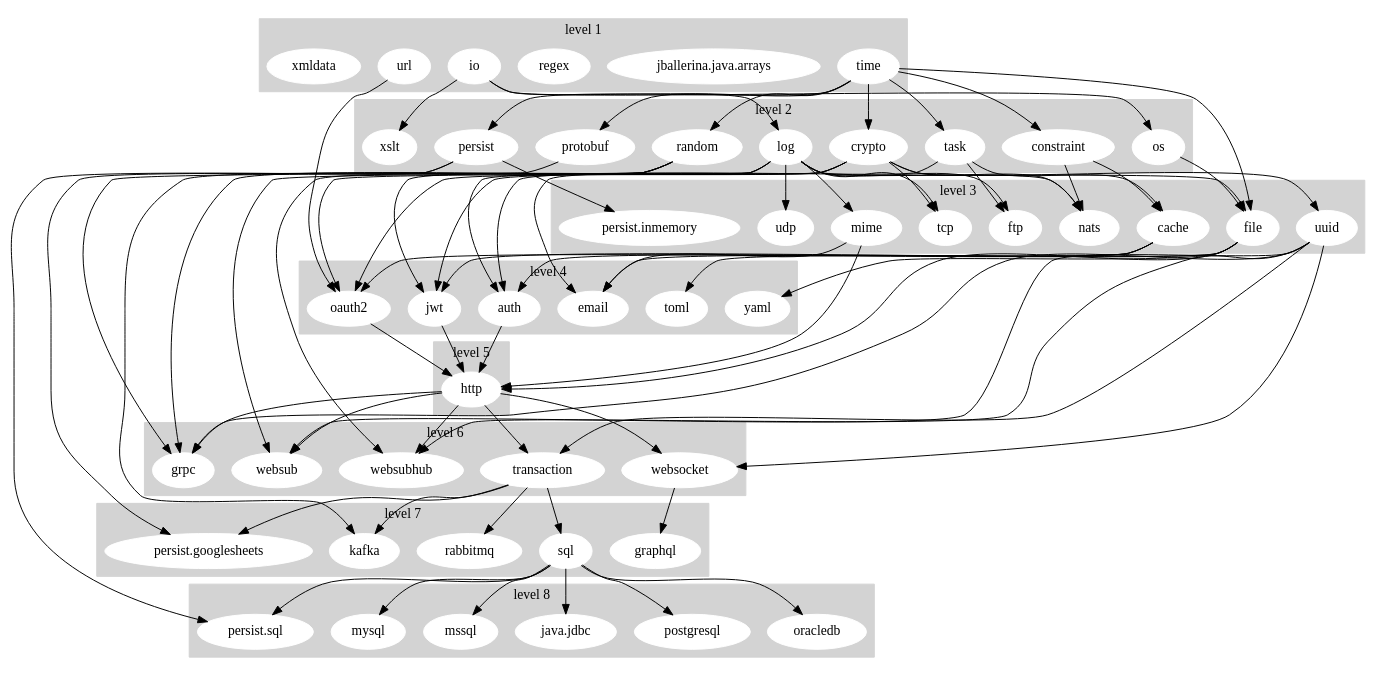
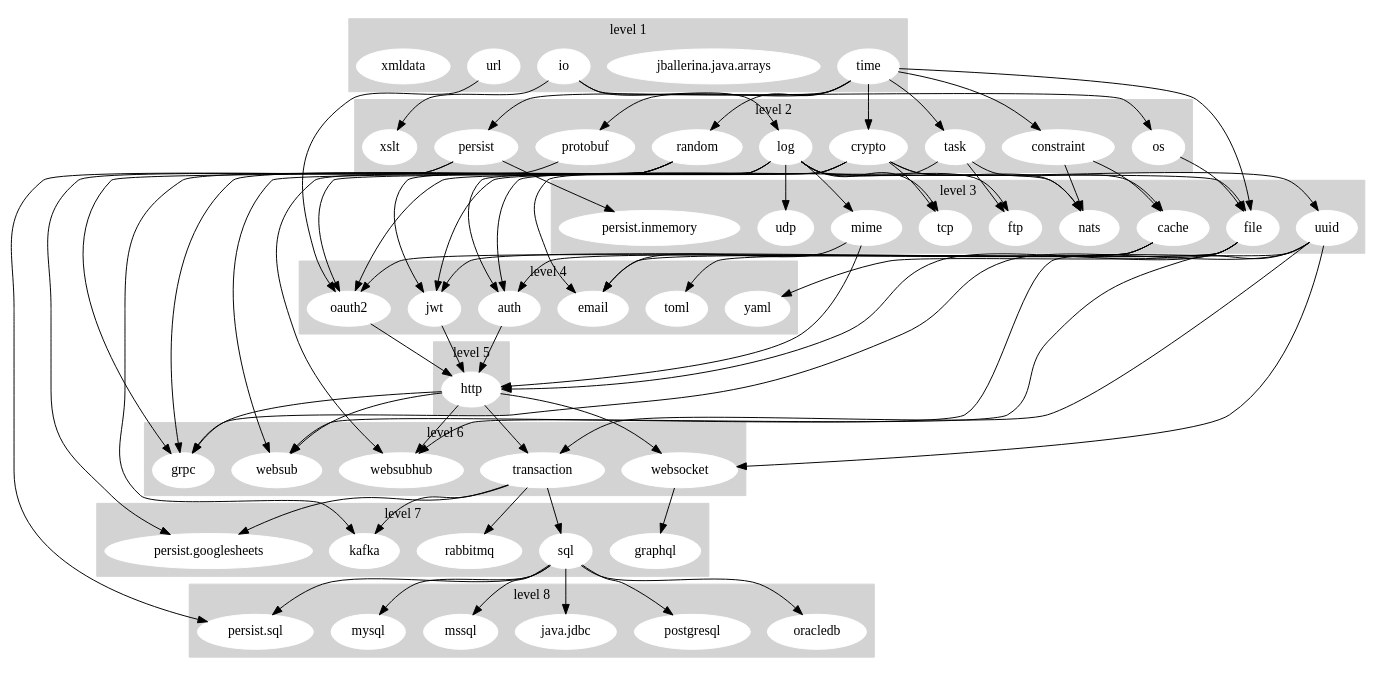
Before and after one commit to ballerina-platform/ballerina-release: the diagram in dashboard/stdlib_graph.gv, drawn with Graphviz.

Commit message:
[Automated] Update Stdlib Dependency Graph

```diff
--- a/dashboard/stdlib_graph.gv
+++ b/dashboard/stdlib_graph.gv
@@ -1,162 +1,161 @@
 digraph "Stdlib Dependency Graph" {
 	subgraph cluster_1 {
 		node [color=white style=filled]
 		color=lightgrey style=filled
 		io
 		"jballerina.java.arrays"
-		regex
 		time
 		url
 		xmldata
 		label="level 1"
 	}
 	subgraph cluster_2 {
 		node [color=white style=filled]
 		color=lightgrey style=filled
 		constraint
 		crypto
 		log
 		os
 		persist
 		protobuf
 		random
 		task
 		xslt
 		label="level 2"
 	}
 	subgraph cluster_3 {
 		node [color=white style=filled]
 		color=lightgrey style=filled
 		cache
 		file
 		ftp
 		mime
 		nats
 		"persist.inmemory"
 		tcp
 		udp
 		uuid
 		label="level 3"
 	}
 	subgraph cluster_4 {
 		node [color=white style=filled]
 		color=lightgrey style=filled
 		auth
 		email
 		jwt
 		oauth2
 		toml
 		yaml
 		label="level 4"
 	}
 	subgraph cluster_5 {
 		node [color=white style=filled]
 		color=lightgrey style=filled
 		http
 		label="level 5"
 	}
 	subgraph cluster_6 {
 		node [color=white style=filled]
 		color=lightgrey style=filled
 		grpc
 		transaction
 		websocket
 		websub
 		websubhub
 		label="level 6"
 	}
 	subgraph cluster_7 {
 		node [color=white style=filled]
 		color=lightgrey style=filled
 		graphql
 		kafka
 		"persist.googlesheets"
 		rabbitmq
 		sql
 		label="level 7"
 	}
 	subgraph cluster_8 {
 		node [color=white style=filled]
 		color=lightgrey style=filled
 		"java.jdbc"
 		mssql
 		mysql
 		oracledb
 		"persist.sql"
 		postgresql
 		label="level 8"
 	}
 	io -> log
 	io -> os
 	io -> xslt
 	time -> constraint
 	time -> crypto
 	time -> file
 	time -> persist
 	time -> protobuf
 	time -> random
 	time -> task
 	url -> oauth2
 	constraint -> cache
 	constraint -> nats
 	crypto -> auth
 	crypto -> jwt
 	crypto -> nats
 	crypto -> oauth2
 	crypto -> tcp
 	crypto -> uuid
 	log -> auth
 	log -> file
 	log -> ftp
 	log -> jwt
 	log -> mime
 	log -> nats
 	log -> oauth2
 	log -> tcp
 	log -> udp
 	os -> file
 	persist -> "persist.googlesheets"
 	persist -> "persist.inmemory"
 	persist -> "persist.sql"
 	protobuf -> grpc
 	random -> grpc
 	random -> kafka
 	random -> websub
 	random -> websubhub
 	task -> cache
 	task -> email
 	task -> ftp
 	cache -> auth
 	cache -> jwt
 	cache -> oauth2
 	file -> email
 	file -> http
 	file -> toml
 	file -> yaml
 	mime -> email
 	mime -> http
 	uuid -> grpc
 	uuid -> transaction
 	uuid -> websocket
 	uuid -> websub
 	uuid -> websubhub
 	auth -> http
 	jwt -> http
 	oauth2 -> http
 	http -> grpc
 	http -> transaction
 	http -> websocket
 	http -> websub
 	http -> websubhub
 	transaction -> kafka
 	transaction -> "persist.googlesheets"
 	transaction -> rabbitmq
 	transaction -> sql
 	websocket -> graphql
 	sql -> "java.jdbc"
 	sql -> mssql
 	sql -> mysql
 	sql -> oracledb
 	sql -> "persist.sql"
 	sql -> postgresql
 }
```
